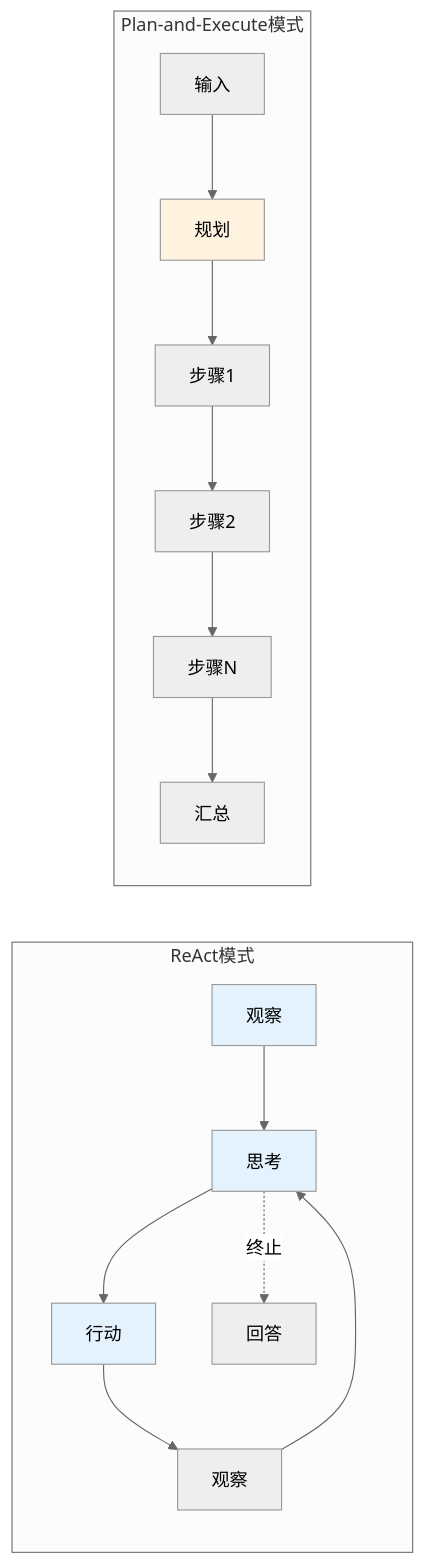
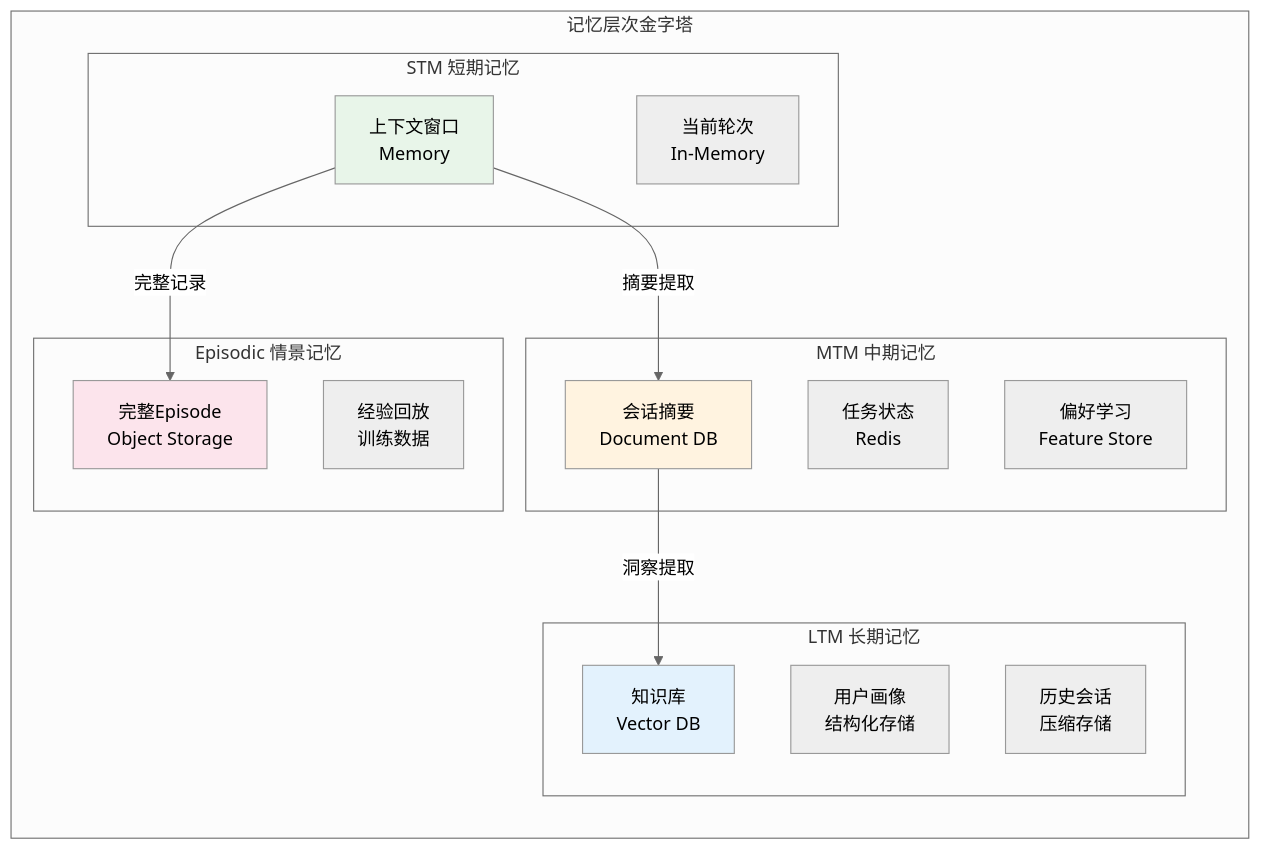
One commit to AdaMartin18010/AnalysisDataFlow changed diagram 15 of 18 in Knowledge/06-frontier/ai-agent-streaming-architecture.md. Above: the diagram before and after it, drawn with Mermaid (neutral theme). The commit also changed other lines of this file and 202 other files, not shown here.

````diff
--- a/Knowledge/06-frontier/ai-agent-streaming-architecture.md
+++ b/Knowledge/06-frontier/ai-agent-streaming-architecture.md
@@ -1236,23 +1420,37 @@
 ```mermaid
-graph LR
-    subgraph "ReAct模式"
-        R1[观察] --> R2[思考]
-        R2 --> R3[行动]
-        R3 --> R4[观察]
-        R4 --> R2
-        R2 -.->|终止| R5[回答]
+graph TB
+    subgraph "记忆层次金字塔"
+        direction TB
+
+        subgraph "LTM 长期记忆"
+            L1[知识库<br/>Vector DB]
+            L2[用户画像<br/>结构化存储]
+            L3[历史会话<br/>压缩存储]
+        end
+
+        subgraph "MTM 中期记忆"
+            M1[会话摘要<br/>Document DB]
+            M2[任务状态<br/>Redis]
+            M3[偏好学习<br/>Feature Store]
+        end
+
+        subgraph "STM 短期记忆"
+            S1[上下文窗口<br/>Memory]
+            S2[当前轮次<br/>In-Memory]
+        end
+
+        subgraph "Episodic 情景记忆"
+            E1[完整Episode<br/>Object Storage]
+            E2[经验回放<br/>训练数据]
+        end
     end
 
-    subgraph "Plan-and-Execute模式"
-        P1[输入] --> P2[规划]
-        P2 --> P3[步骤1]
-        P3 --> P4[步骤2]
-        P4 --> P5[步骤N]
-        P5 --> P6[汇总]
-    end
+    S1 -->|摘要提取| M1
+    M1 -->|洞察提取| L1
+    S1 -->|完整记录| E1
 
-    style R1 fill:#e3f2fd
-    style R2 fill:#e3f2fd
-    style R3 fill:#e3f2fd
-    style P2 fill:#fff3e0
+    style L1 fill:#e3f2fd
+    style M1 fill:#fff3e0
+    style S1 fill:#e8f5e9
+    style E1 fill:#fce4ec
 ```
````
